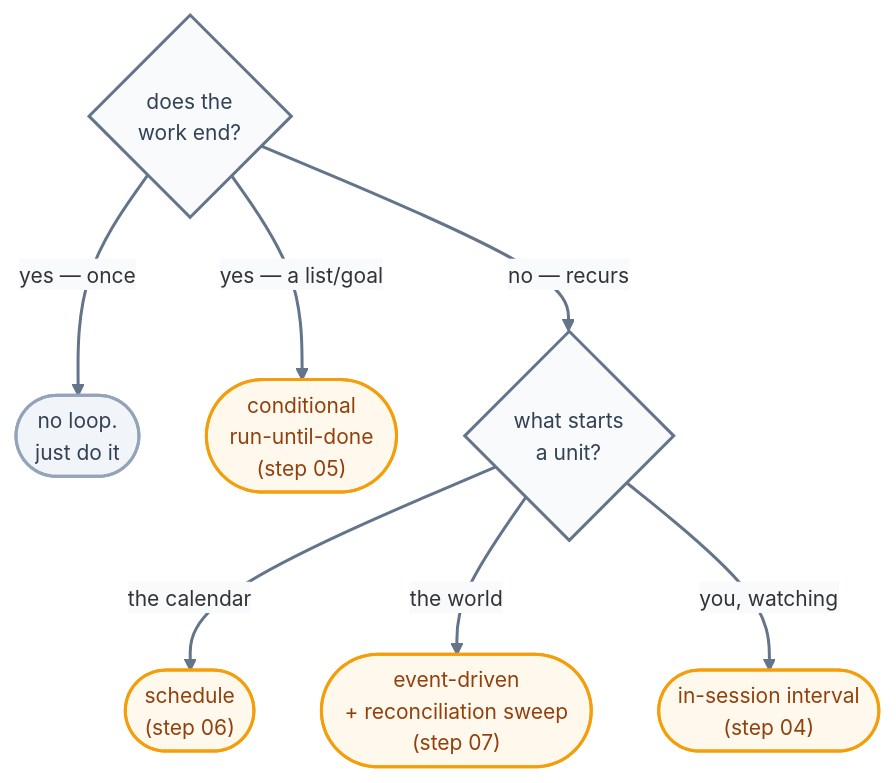
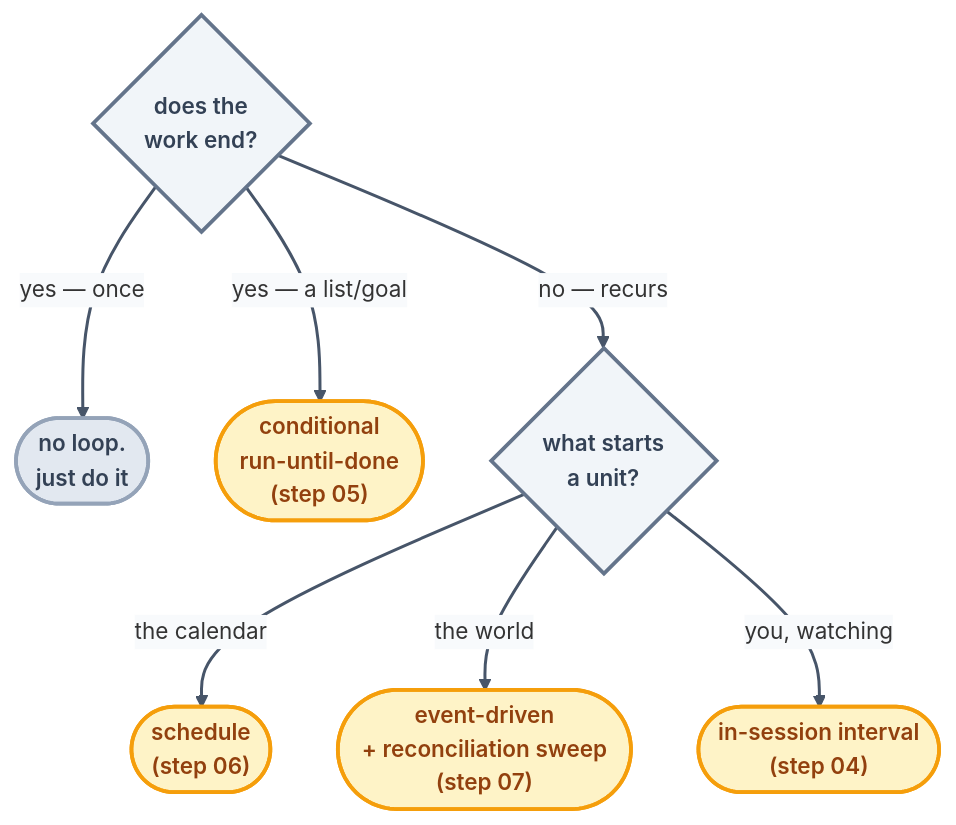
The diagram in docs/09-methods/pattern-picker.md (ayeshakhalid192007-dev/LoopEngineering-CrashCourse), drawn with Mermaid before and after one commit. The commit also changed 66 other files, not shown here.

First line of the commit message:
docs(diagrams): visibly bolder pass — deeper fills, heavier strokes, semibold labels

````diff
--- a/docs/09-methods/pattern-picker.md
+++ b/docs/09-methods/pattern-picker.md
@@ -19,14 +19,14 @@
 ```mermaid
-%%{init: {'theme':'base','themeVariables':{'fontFamily':'ui-sans-serif, system-ui, sans-serif','fontSize':'14px','lineColor':'#64748b','edgeLabelBackground':'#f8fafc'},'flowchart':{'curve':'basis','nodeSpacing':45,'rankSpacing':55,'padding':12}}}%%
+%%{init: {'theme':'base','themeVariables':{'fontFamily':'ui-sans-serif, system-ui, sans-serif','fontSize':'15px','lineColor':'#475569','edgeLabelBackground':'#f8fafc'},'flowchart':{'curve':'basis','nodeSpacing':45,'rankSpacing':55,'padding':12}}}%%
 flowchart TD
     Q1{"does the<br/>work end?"}:::q -->|"yes — once"| NONE(["no loop.<br/>just do it"]):::stop
     Q1 -->|"yes — a list/goal"| COND(["conditional<br/>run-until-done<br/>(step 05)"]):::hb
     Q1 -->|"no — recurs"| Q2{"what starts<br/>a unit?"}:::q
     Q2 -->|"the calendar"| SCHED(["schedule<br/>(step 06)"]):::hb
     Q2 -->|"the world"| EV(["event-driven<br/>+ reconciliation sweep<br/>(step 07)"]):::hb
     Q2 -->|"you, watching"| SESS(["in-session interval<br/>(step 04)"]):::hb
-    linkStyle default stroke:#64748b,stroke-width:2px;
-    classDef q fill:#f8fafc,stroke:#64748b,stroke-width:2px,color:#334155;
-    classDef hb fill:#fef9ec,stroke:#f59e0b,stroke-width:2px,color:#92400e;
-    classDef stop fill:#f1f5f9,stroke:#94a3b8,stroke-width:2px,color:#334155;
+    linkStyle default stroke:#475569,stroke-width:2px;
+    classDef q fill:#f1f5f9,stroke:#64748b,stroke-width:2.5px,color:#334155,font-weight:600;
+    classDef hb fill:#fef3c7,stroke:#f59e0b,stroke-width:2.5px,color:#92400e,font-weight:600;
+    classDef stop fill:#e2e8f0,stroke:#94a3b8,stroke-width:2.5px,color:#334155,font-weight:600;
 ```
````
